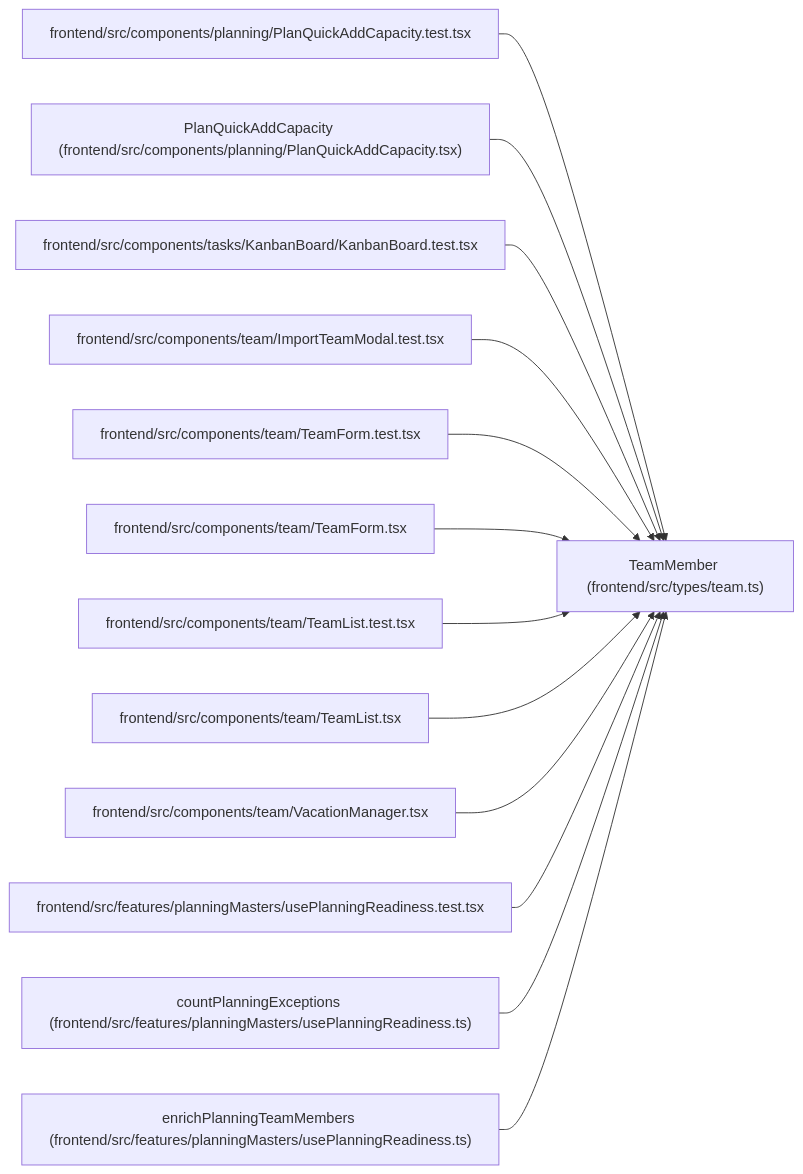
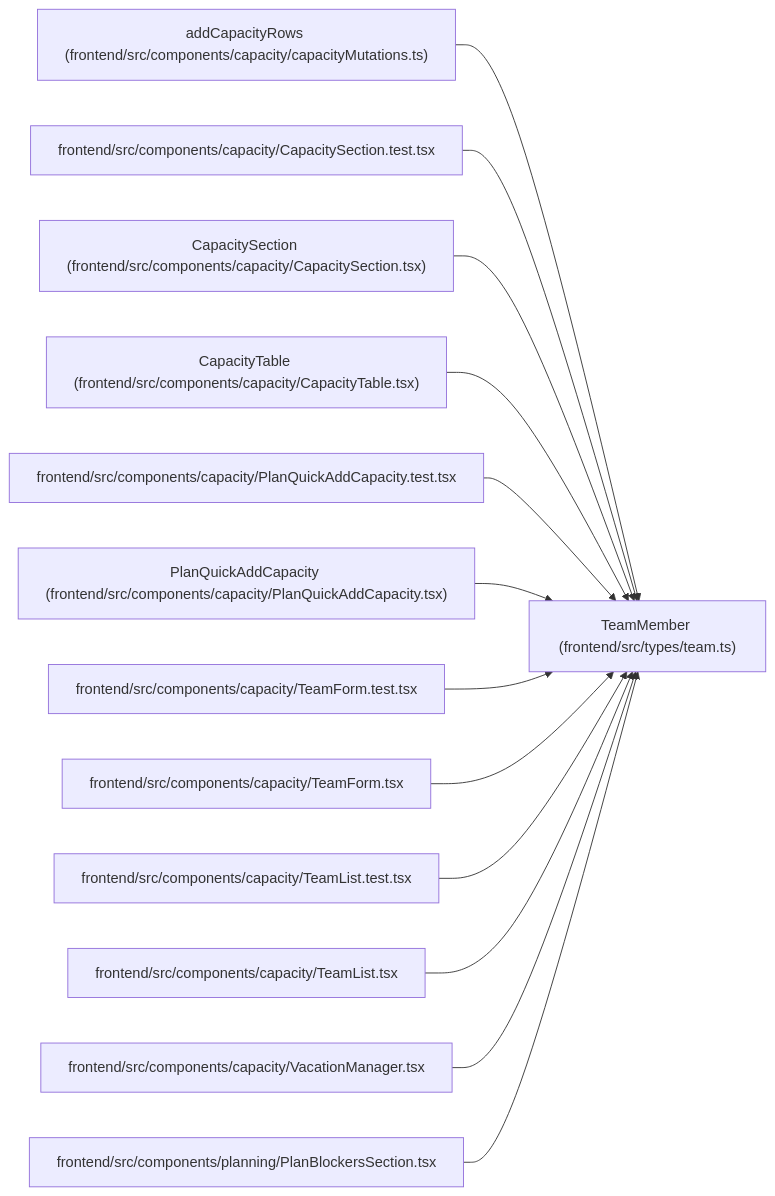
The diagram in docs/llm_wiki/entities/types_team_TeamMember.md (Denissvgn/WorkChord), drawn with Mermaid before and after one commit. The commit also changed other lines of this file and 2373 other files, not shown here.

````diff
--- a/docs/llm_wiki/entities/types_team_TeamMember.md
+++ b/docs/llm_wiki/entities/types_team_TeamMember.md
@@ -35,41 +35,41 @@
 ```mermaid
 flowchart LR
     n0["TeamMember (frontend/src/types/team.ts)"]
-    n1["frontend/src/components/planning/PlanQuickAddCapacity.test.tsx"]
-    n2["PlanQuickAddCapacity (frontend/src/components/planning/PlanQuickAddCapacity.tsx)"]
-    n3["frontend/src/components/tasks/KanbanBoard/KanbanBoard.test.tsx"]
-    n4["frontend/src/components/team/ImportTeamModal.test.tsx"]
-    n5["frontend/src/components/team/TeamForm.test.tsx"]
-    n6["frontend/src/components/team/TeamForm.tsx"]
-    n7["frontend/src/components/team/TeamList.test.tsx"]
-    n8["frontend/src/components/team/TeamList.tsx"]
-    n9["frontend/src/components/team/VacationManager.tsx"]
-    n10["frontend/src/features/planningMasters/usePlanningReadiness.test.tsx"]
-    n11["countPlanningExceptions (frontend/src/features/planningMasters/usePlanningReadiness.ts)"]
-    n12["enrichPlanningTeamMembers (frontend/src/features/planningMasters/usePlanningReadiness.ts)"]
+    n1["addCapacityRows (frontend/src/components/capacity/capacityMutations.ts)"]
+    n2["frontend/src/components/capacity/CapacitySection.test.tsx"]
+    n3["CapacitySection (frontend/src/components/capacity/CapacitySection.tsx)"]
+    n4["CapacityTable (frontend/src/components/capacity/CapacityTable.tsx)"]
+    n5["frontend/src/components/capacity/PlanQuickAddCapacity.test.tsx"]
+    n6["PlanQuickAddCapacity (frontend/src/components/capacity/PlanQuickAddCapacity.tsx)"]
+    n7["frontend/src/components/capacity/TeamForm.test.tsx"]
+    n8["frontend/src/components/capacity/TeamForm.tsx"]
+    n9["frontend/src/components/capacity/TeamList.test.tsx"]
+    n10["frontend/src/components/capacity/TeamList.tsx"]
+    n11["frontend/src/components/capacity/VacationManager.tsx"]
+    n12["frontend/src/components/planning/PlanBlockersSection.tsx"]
     n1 --> n0
     n2 --> n0
     n3 --> n0
     n4 --> n0
     n5 --> n0
     n6 --> n0
     n7 --> n0
     n8 --> n0
     n9 --> n0
     n10 --> n0
     n11 --> n0
     n12 --> n0
     click n0 "../modules/types_team.md"
-    click n1 "../modules/PlanQuickAddCapacity.test.md"
-    click n2 "../modules/PlanQuickAddCapacity.md"
-    click n3 "../modules/KanbanBoard.test.md"
-    click n4 "../modules/ImportTeamModal.test.md"
-    click n5 "../modules/TeamForm.test.md"
-    click n6 "../modules/TeamForm.md"
-    click n7 "../modules/TeamList.test.md"
-    click n8 "../modules/TeamList.md"
-    click n9 "../modules/VacationManager.md"
-    click n10 "../modules/usePlanningReadiness.test.md"
-    click n11 "../modules/usePlanningReadiness.md"
-    click n12 "../modules/usePlanningReadiness.md"
+    click n1 "../modules/capacityMutations.md"
+    click n2 "../modules/CapacitySection.test.md"
+    click n3 "../modules/CapacitySection.md"
+    click n4 "../modules/CapacityTable.md"
+    click n5 "../modules/PlanQuickAddCapacity.test.md"
+    click n6 "../modules/PlanQuickAddCapacity.md"
+    click n7 "../modules/TeamForm.test.md"
+    click n8 "../modules/TeamForm.md"
+    click n9 "../modules/TeamList.test.md"
+    click n10 "../modules/TeamList.md"
+    click n11 "../modules/VacationManager.md"
+    click n12 "../modules/PlanBlockersSection.md"
 ```
````
